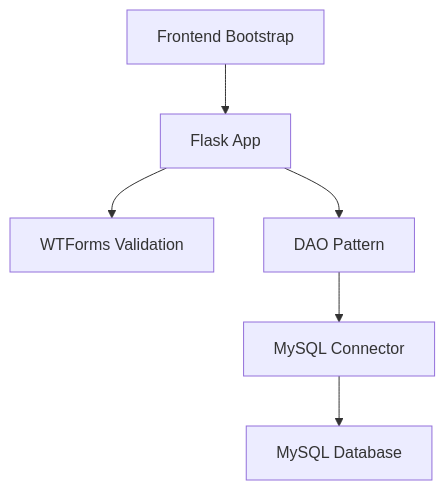
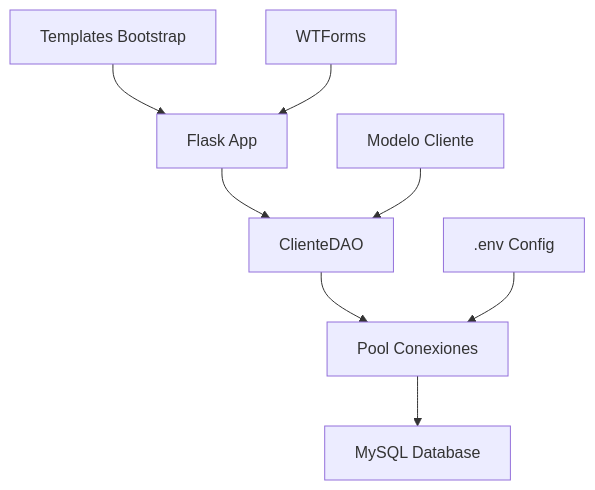
Before and after one commit to Astharmin/Login_UserApp: the first of 2 diagrams in README.md, drawn with Mermaid. The commit also changed other lines of this file, not shown here.

````diff
--- a/README.md
+++ b/README.md
@@ -31,8 +40,11 @@
 ```mermaid
 graph TB
-    A[Frontend Bootstrap] --> B[Flask App]
-    B --> C[WTForms Validation]
-    B --> D[DAO Pattern]
-    D --> E[MySQL Connector]
-    E --> F[MySQL Database]
+    A[Templates Bootstrap] --> B[Flask App]
+    B --> C[ClienteDAO]
+    C --> D[Pool Conexiones]
+    D --> E[MySQL Database]
+    
+    F[WTForms] --> B
+    G[.env Config] --> D
+    H[Modelo Cliente] --> C
 ```
````
